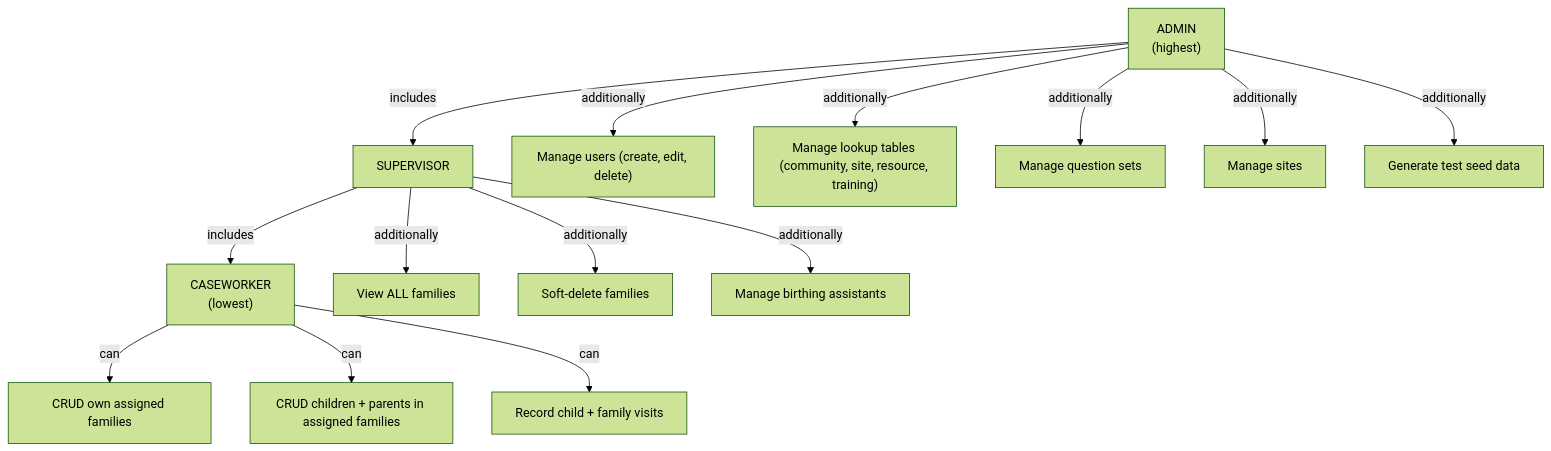
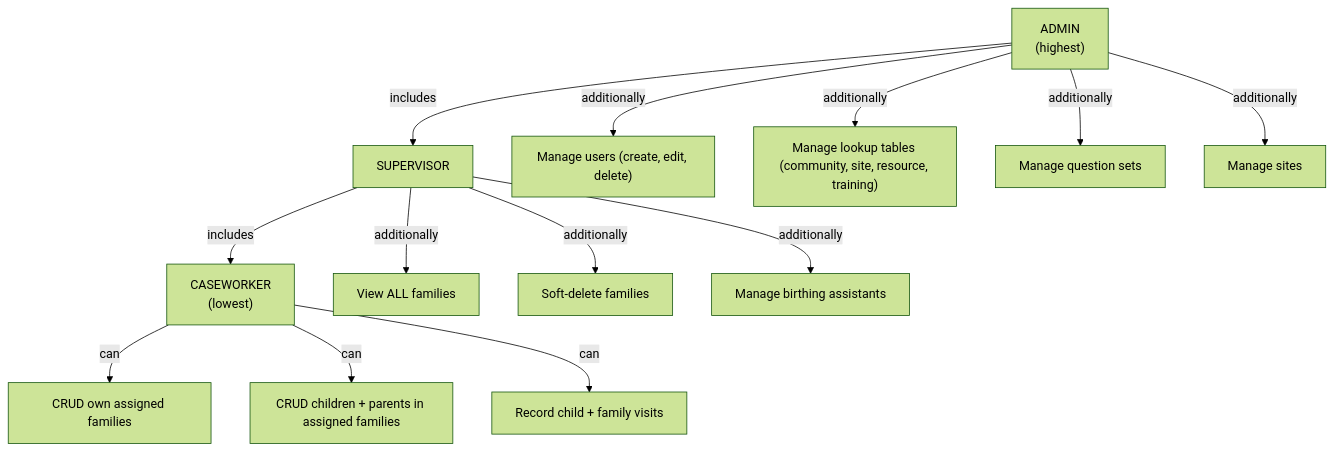
The ninth of 10 diagrams in ARCHITECTURE.md (the-humble-village/naru_website), drawn with Mermaid (forest theme) before and after one commit. The commit also changed other lines of this file and 6 other files, not shown here.

Commit message:
chore|removed generate test data

````diff
--- a/ARCHITECTURE.md
+++ b/ARCHITECTURE.md
@@ -459,23 +456,22 @@
 ```mermaid
 graph TD
     ADMIN["ADMIN<br/>(highest)"]
     SUPERVISOR["SUPERVISOR"]
     CASEWORKER["CASEWORKER<br/>(lowest)"]
 
     ADMIN -->|"includes"| SUPERVISOR
     SUPERVISOR -->|"includes"| CASEWORKER
 
     CASEWORKER -->|"can"| CW1["CRUD own assigned families"]
     CASEWORKER -->|"can"| CW2["CRUD children + parents in assigned families"]
     CASEWORKER -->|"can"| CW3["Record child + family visits"]
 
     SUPERVISOR -->|"additionally"| SV1["View ALL families"]
     SUPERVISOR -->|"additionally"| SV2["Soft-delete families"]
     SUPERVISOR -->|"additionally"| SV3["Manage birthing assistants"]
 
     ADMIN -->|"additionally"| AD1["Manage users (create, edit, delete)"]
     ADMIN -->|"additionally"| AD2["Manage lookup tables (community, site, resource, training)"]
     ADMIN -->|"additionally"| AD3["Manage question sets"]
     ADMIN -->|"additionally"| AD4["Manage sites"]
-    ADMIN -->|"additionally"| AD5["Generate test seed data"]
 ```
````
